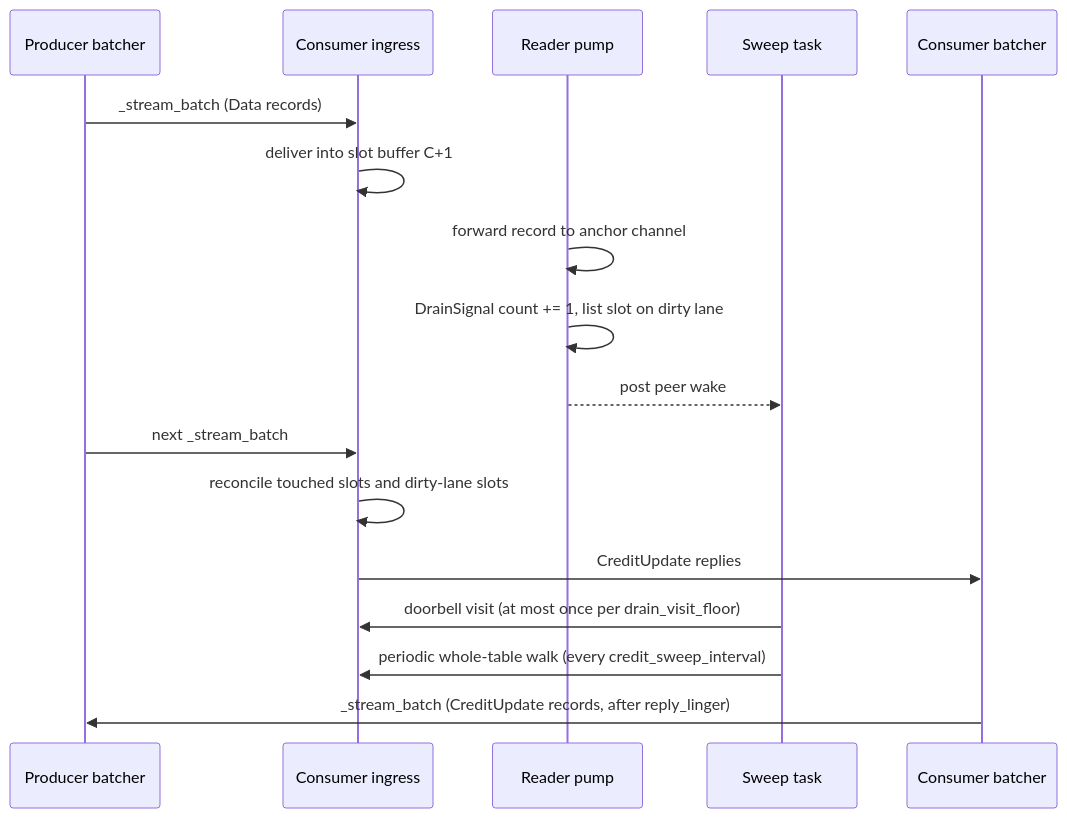
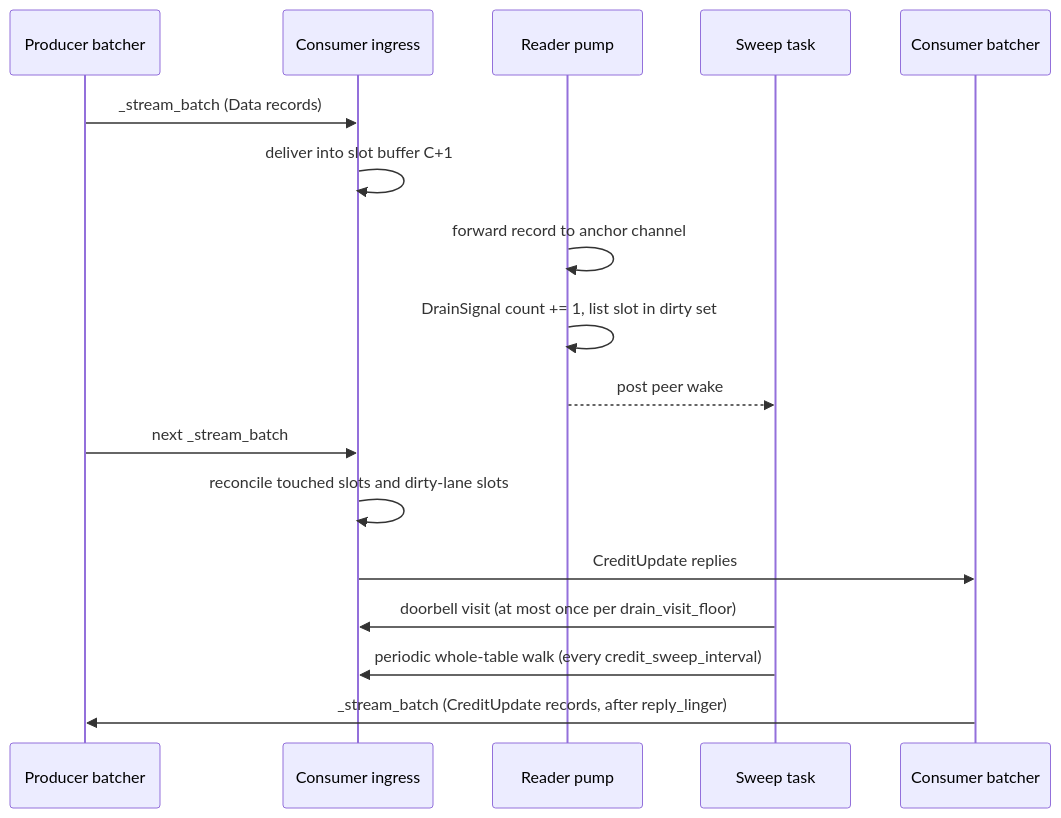
Before and after one commit to ai-dynamo/velo: the second of 2 diagrams in docs/src/concepts/batched-streaming.md, drawn with Mermaid. The commit also changed other lines of this file and 11 other files, not shown here.

````diff
--- a/docs/src/concepts/batched-streaming.md
+++ b/docs/src/concepts/batched-streaming.md
@@ -232,19 +232,19 @@
 ```mermaid
 sequenceDiagram
     participant P as Producer batcher
     participant I as Consumer ingress
     participant R as Reader pump
     participant S as Sweep task
     participant B as Consumer batcher
     P->>I: _stream_batch (Data records)
     I->>I: deliver into slot buffer C+1
     R->>R: forward record to anchor channel
-    R->>R: DrainSignal count += 1, list slot on dirty lane
+    R->>R: DrainSignal count += 1, list slot in dirty set
     R-->>S: post peer wake
     P->>I: next _stream_batch
     I->>I: reconcile touched slots and dirty-lane slots
     I->>B: CreditUpdate replies
     S->>I: doorbell visit (at most once per drain_visit_floor)
     S->>I: periodic whole-table walk (every credit_sweep_interval)
     B->>P: _stream_batch (CreditUpdate records, after reply_linger)
 ```
````
